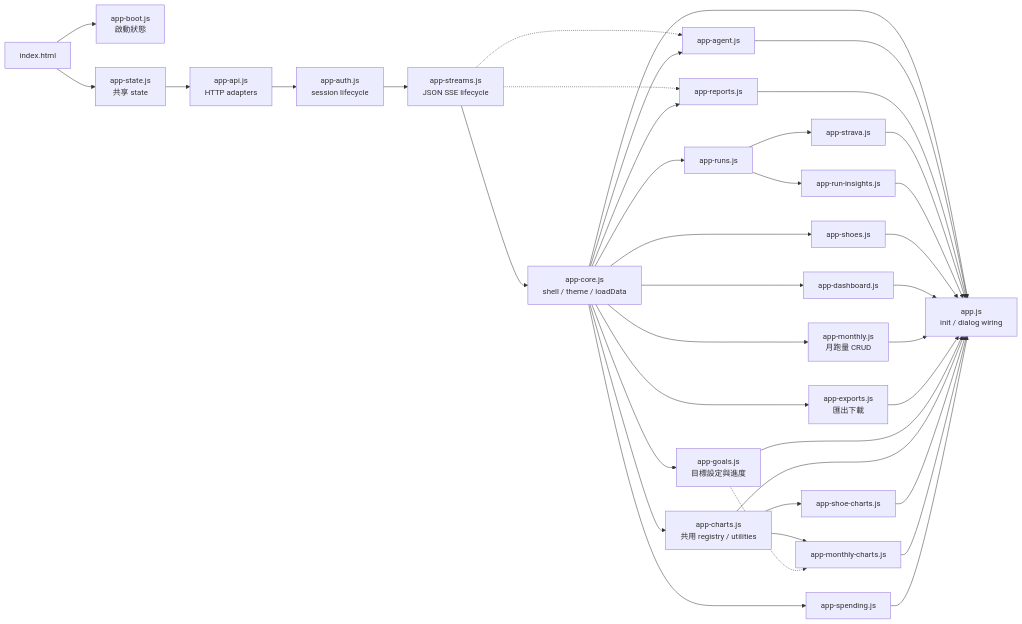
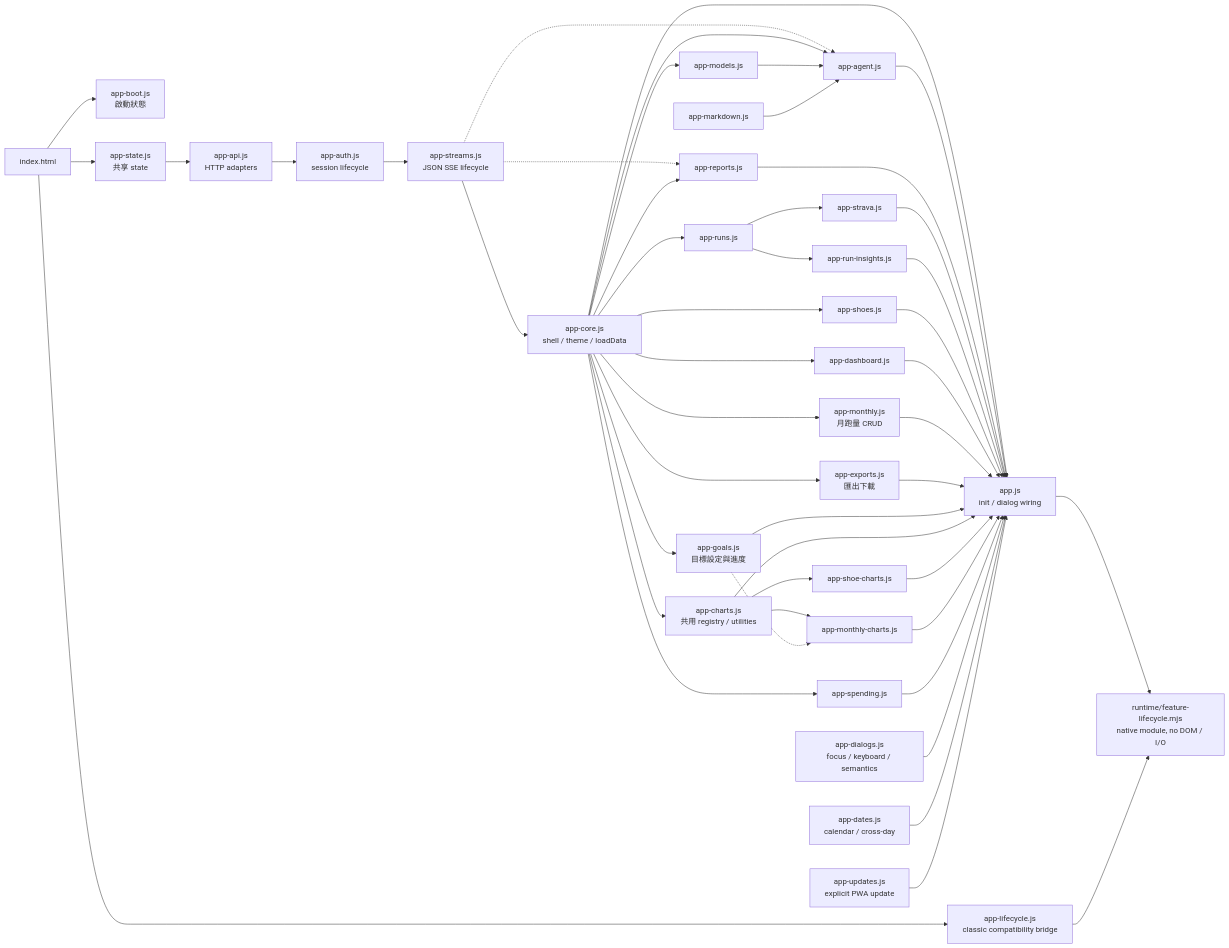
Before and after one commit to Teng91/running-shoes: the third of 8 diagrams in docs/architecture.md, drawn with Mermaid. The commit also changed other lines of this file and 96 other files, not shown here.

````diff
--- a/docs/architecture.md
+++ b/docs/architecture.md
@@ -98,40 +107,49 @@
 ```mermaid
 flowchart LR
     HTML[index.html] --> Boot[app-boot.js<br/>啟動狀態]
+    HTML --> Lifecycle[app-lifecycle.js<br/>classic compatibility bridge]
+    Bootstrap --> Native[runtime/feature-lifecycle.mjs<br/>native module, no DOM / I/O]
+    Lifecycle --> Native
     HTML --> State[app-state.js<br/>共享 state]
     State --> API[app-api.js<br/>HTTP adapters]
     API --> AuthUI[app-auth.js<br/>session lifecycle]
     AuthUI --> Streams[app-streams.js<br/>JSON SSE lifecycle]
     Streams --> Core[app-core.js<br/>shell / theme / loadData]
     Streams -.-> AgentUI
     Streams -.-> ReportsUI
     Core --> AgentUI[app-agent.js]
+    Core --> ModelsUI[app-models.js]
+    ModelsUI --> AgentUI
+    MarkdownUI[app-markdown.js] --> AgentUI
     Core --> ReportsUI[app-reports.js]
     Core --> RunCRUD[app-runs.js]
     RunCRUD --> StravaUI[app-strava.js]
     RunCRUD --> RunInsights[app-run-insights.js]
     Core --> ShoesUI[app-shoes.js]
     Core --> Dashboard[app-dashboard.js]
     Core --> Monthly[app-monthly.js<br/>月跑量 CRUD]
     Core --> ExportsUI[app-exports.js<br/>匯出下載]
     Core --> GoalsUI[app-goals.js<br/>目標設定與進度]
     Core --> Charts[app-charts.js<br/>共用 registry / utilities]
     Charts --> ShoeCharts[app-shoe-charts.js]
     Charts --> MileageCharts[app-monthly-charts.js]
     GoalsUI -.-> MileageCharts
     Core --> Spending[app-spending.js]
     Core --> Bootstrap[app.js<br/>init / dialog wiring]
     AgentUI --> Bootstrap
     ReportsUI --> Bootstrap
     StravaUI --> Bootstrap
     RunInsights --> Bootstrap
     ShoesUI --> Bootstrap
     Dashboard --> Bootstrap
     Monthly --> Bootstrap
     ExportsUI --> Bootstrap
     GoalsUI --> Bootstrap
     Charts --> Bootstrap
     ShoeCharts --> Bootstrap
     MileageCharts --> Bootstrap
     Spending --> Bootstrap
+    Dialogs[app-dialogs.js<br/>focus / keyboard / semantics] --> Bootstrap
+    Dates[app-dates.js<br/>calendar / cross-day] --> Bootstrap
+    Updates[app-updates.js<br/>explicit PWA update] --> Bootstrap
 ```
````
